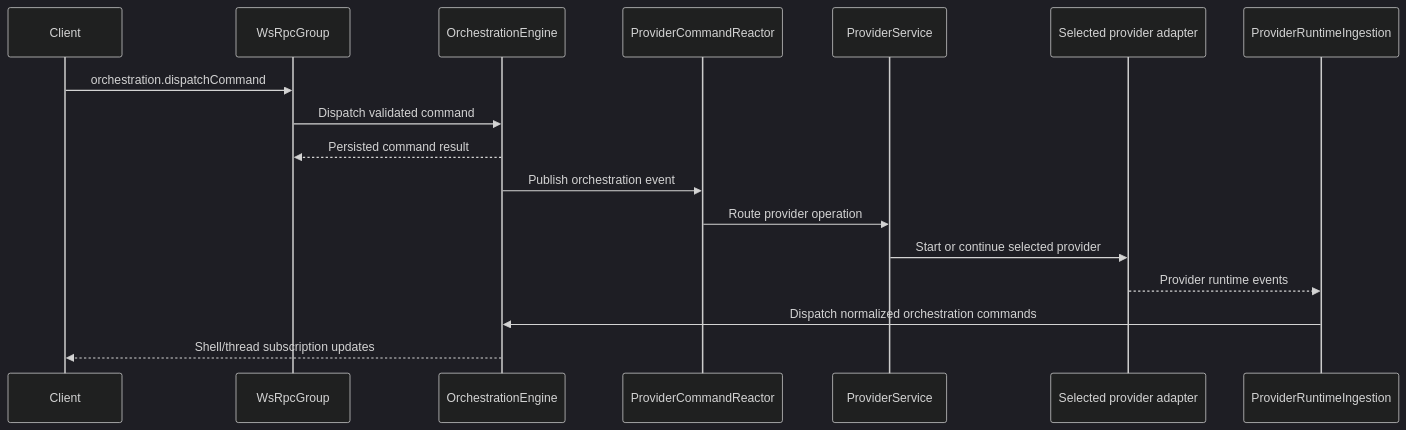
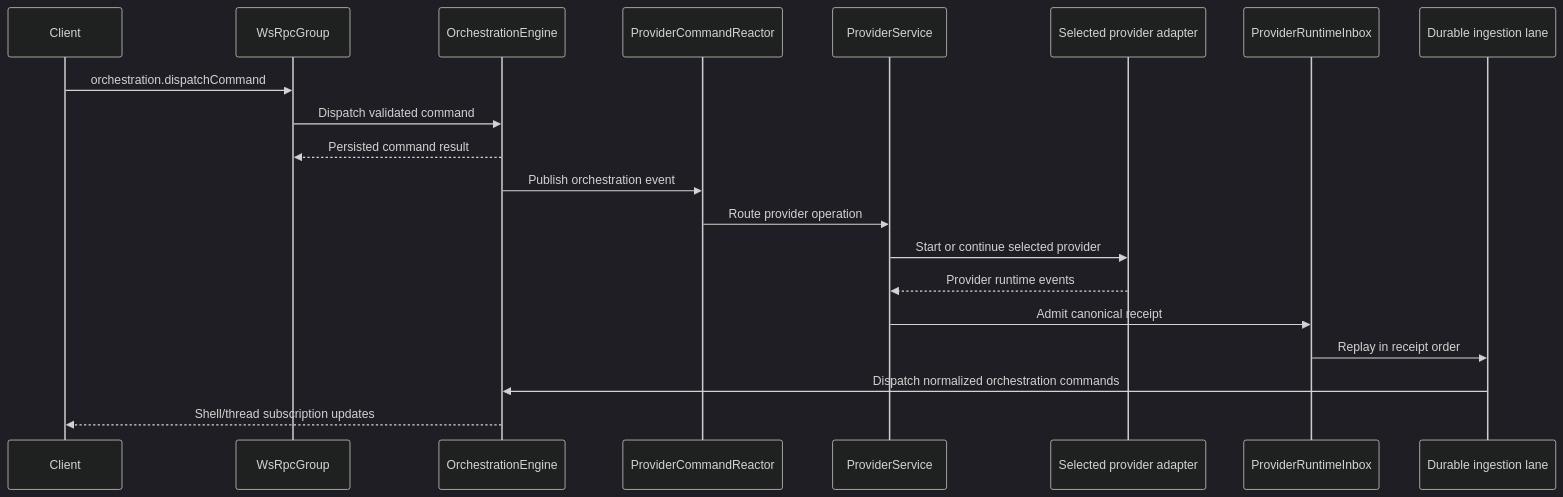
Before and after one commit to ggfincke/456code: the third of 4 diagrams in docs/architecture/overview.md, drawn with Mermaid (dark theme). The commit also changed other lines of this file and 35 other files, not shown here.

Commit message:
chore: close out architecture release tooling and docs

````diff
--- a/docs/architecture/overview.md
+++ b/docs/architecture/overview.md
@@ -86,20 +103,23 @@
 ```mermaid
 sequenceDiagram
     participant Client
     participant Rpc as WsRpcGroup
     participant Engine as OrchestrationEngine
     participant Command as ProviderCommandReactor
     participant Provider as ProviderService
     participant Adapter as Selected provider adapter
-    participant Ingest as ProviderRuntimeIngestion
+    participant Inbox as ProviderRuntimeInbox
+    participant Ingest as Durable ingestion lane
 
     Client->>Rpc: orchestration.dispatchCommand
     Rpc->>Engine: Dispatch validated command
     Engine-->>Rpc: Persisted command result
     Engine->>Command: Publish orchestration event
     Command->>Provider: Route provider operation
     Provider->>Adapter: Start or continue selected provider
-    Adapter-->>Ingest: Provider runtime events
+    Adapter-->>Provider: Provider runtime events
+    Provider->>Inbox: Admit canonical receipt
+    Inbox->>Ingest: Replay in receipt order
     Ingest->>Engine: Dispatch normalized orchestration commands
     Engine-->>Client: Shell/thread subscription updates
 ```
````
